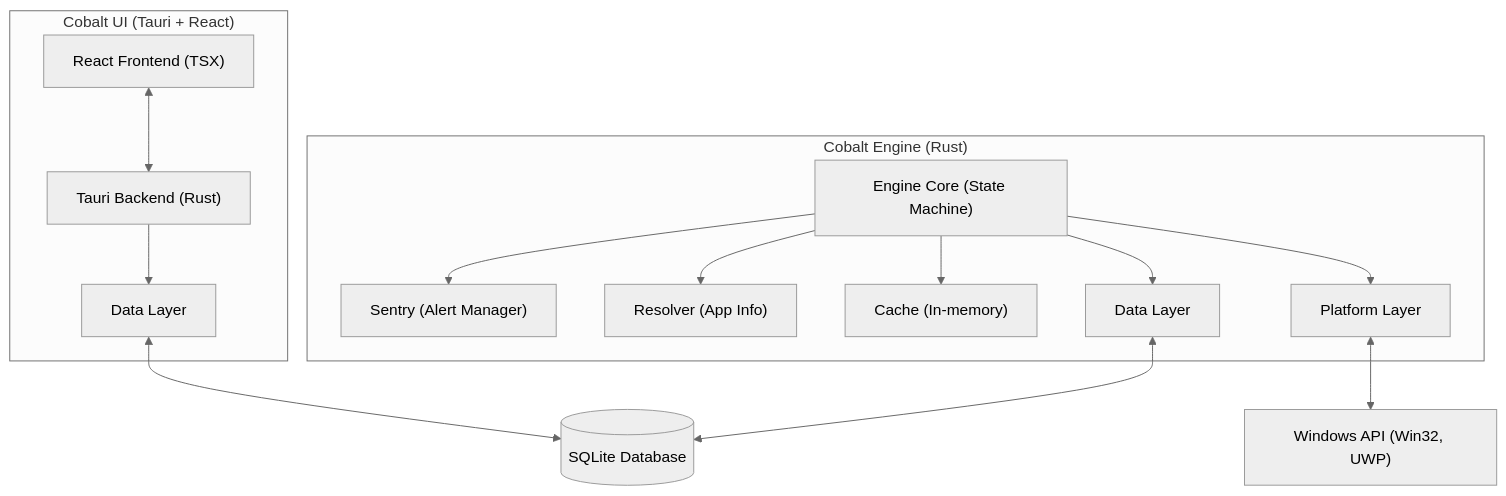
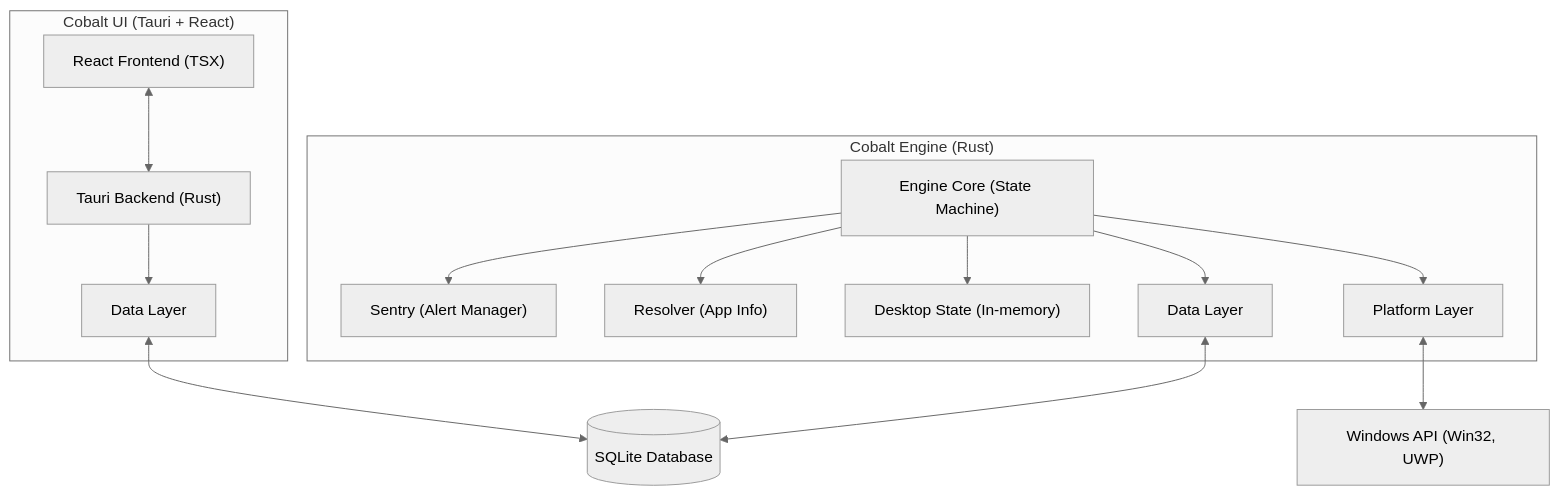
Before and after one commit to Enigmatrix/Cobalt: the first of 2 diagrams in docs/ARCHITECTURE.md, drawn with Mermaid (neutral theme). The commit also changed other lines of this file and 1 other file, not shown here.

Commit message:
feat(docs): update with current info

````diff
--- a/docs/ARCHITECTURE.md
+++ b/docs/ARCHITECTURE.md
@@ -17,30 +17,30 @@
 ```mermaid
 graph TD
     subgraph Engine["Cobalt Engine (Rust)"]
         Sentry["Sentry (Alert Manager)"]
         Resolver["Resolver (App Info)"]
-        Cache["Cache (In-memory)"]
+        DesktopState["Desktop State (In-memory)"]
         EngineCore["Engine Core (State Machine)"]
         
         EngineCore --> Sentry
         EngineCore --> Resolver
-        EngineCore --> Cache
+        EngineCore --> DesktopState
         EngineCore --> EnginePlatform["Platform Layer"]
         EngineCore --> EngineData["Data Layer"]
     end
     
     subgraph UI["Cobalt UI (Tauri + React)"]
         ReactFrontend["React Frontend (TSX)"]
         TauriBackend["Tauri Backend (Rust)"]
         
         ReactFrontend <--> TauriBackend
         TauriBackend --> UIData["Data Layer"]
     end
     
     Database[(SQLite Database)]
     Win32["Windows API (Win32, UWP)"]
     
     EngineData <--> Database
     UIData <--> Database
     EnginePlatform <--> Win32
 ```
````
